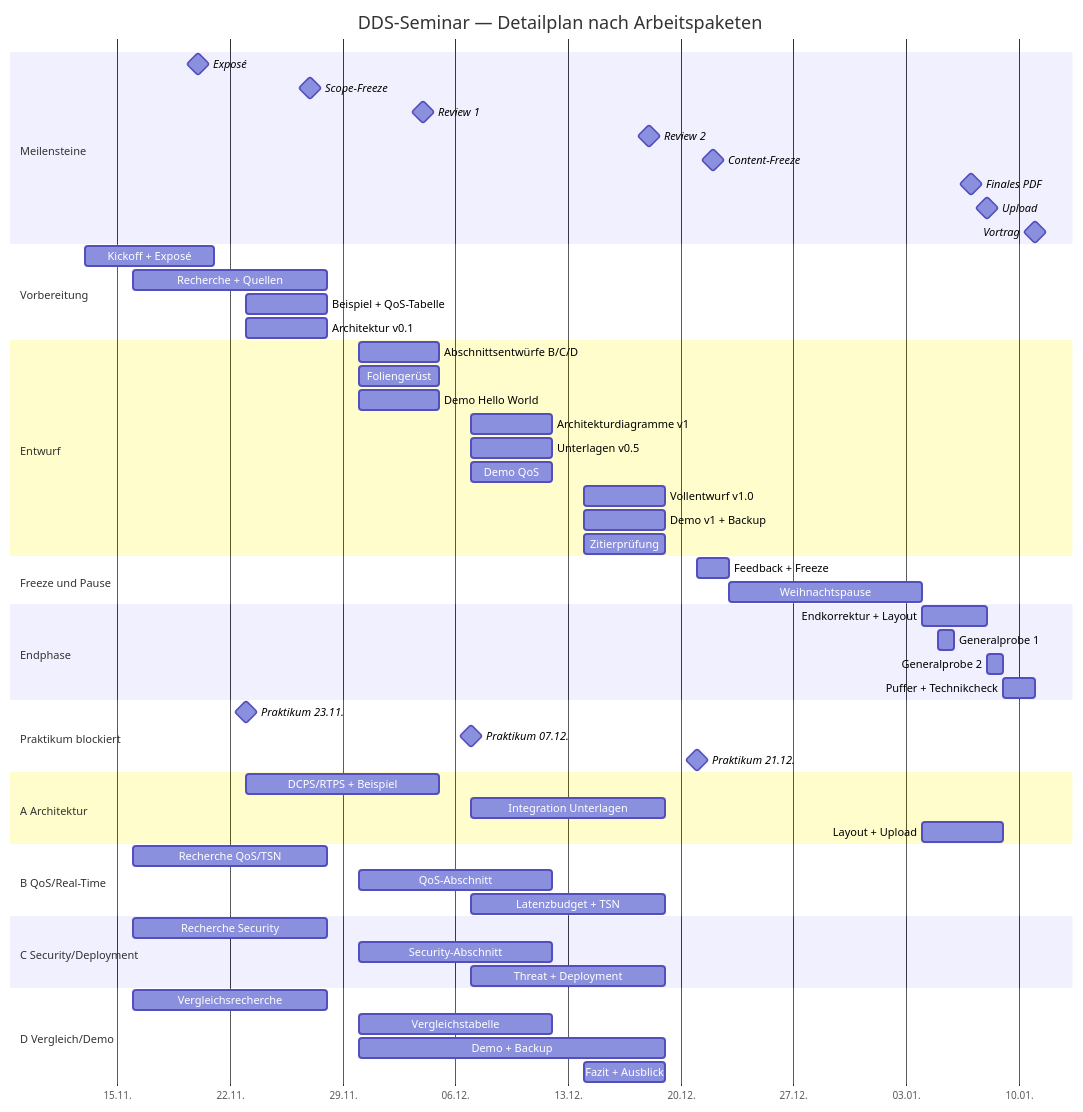
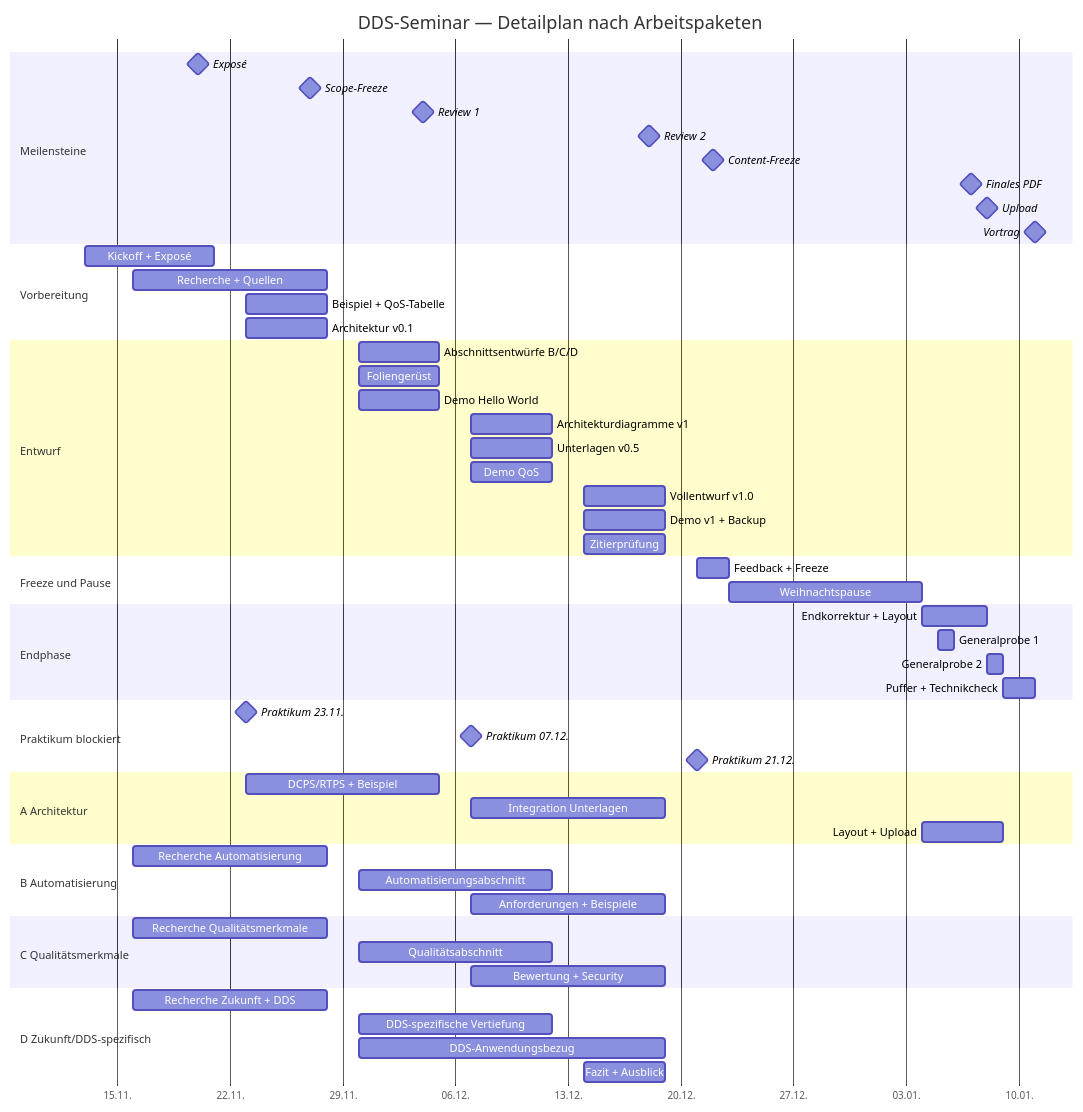
Before and after one commit to CurrentCrafter/Praktikum_DDS: the second of 2 diagrams in Timeline.md, drawn with Mermaid. The commit also changed other lines of this file and 13 other files, not shown here.

````diff
--- a/Timeline.md
+++ b/Timeline.md
@@ -227,70 +229,70 @@
 ```mermaid
 gantt
     title DDS-Seminar — Detailplan nach Arbeitspaketen
     dateFormat  YYYY-MM-DD
     axisFormat  %d.%m.
     tickInterval 1week
 
     section Meilensteine
     Exposé                      :milestone, ms1, 2026-11-20, 0d
     Scope-Freeze                :milestone, ms2, 2026-11-27, 0d
     Review 1                    :milestone, ms3, 2026-12-04, 0d
     Review 2                    :milestone, ms4, 2026-12-18, 0d
     Content-Freeze              :milestone, ms5, 2026-12-22, 0d
     Finales PDF                 :milestone, ms6, 2027-01-07, 0d
     Upload                      :milestone, ms7, 2027-01-08, 0d
     Vortrag                     :milestone, ms8, 2027-01-11, 0d
 
     section Vorbereitung
     Kickoff + Exposé            :v1, 2026-11-13, 8d
     Recherche + Quellen         :v2, 2026-11-16, 12d
     Beispiel + QoS-Tabelle      :v3, 2026-11-23, 5d
     Architektur v0.1            :v4, 2026-11-23, 5d
 
     section Entwurf
     Abschnittsentwürfe B/C/D    :e1, 2026-11-30, 5d
     Foliengerüst                :e2, 2026-11-30, 5d
     Demo Hello World            :e3, 2026-11-30, 5d
     Architekturdiagramme v1     :e4, 2026-12-07, 5d
     Unterlagen v0.5             :e5, 2026-12-07, 5d
     Demo QoS                    :e6, 2026-12-07, 5d
     Vollentwurf v1.0            :e7, 2026-12-14, 5d
     Demo v1 + Backup            :e8, 2026-12-14, 5d
     Zitierprüfung               :e9, 2026-12-14, 5d
 
     section Freeze und Pause
     Feedback + Freeze           :f1, 2026-12-21, 2d
     Weihnachtspause             :f2, 2026-12-23, 12d
 
     section Endphase
     Endkorrektur + Layout       :g1, 2027-01-04, 4d
     Generalprobe 1              :g2, 2027-01-05, 1d
     Generalprobe 2              :g3, 2027-01-08, 1d
     Puffer + Technikcheck       :g4, 2027-01-09, 2d
 
     section Praktikum blockiert
     Praktikum 23.11.           :milestone, p1, 2026-11-23, 0d
     Praktikum 07.12.           :milestone, p2, 2026-12-07, 0d
     Praktikum 21.12.           :milestone, p3, 2026-12-21, 0d
 
     section A Architektur
     DCPS/RTPS + Beispiel        :a1, 2026-11-23, 12d
     Integration Unterlagen      :a2, 2026-12-07, 12d
     Layout + Upload             :a3, 2027-01-04, 5d
 
-    section B QoS/Real-Time
-    Recherche QoS/TSN           :b1, 2026-11-16, 12d
-    QoS-Abschnitt               :b2, 2026-11-30, 12d
-    Latenzbudget + TSN          :b3, 2026-12-07, 12d
+    section B Automatisierung
+    Recherche Automatisierung   :b1, 2026-11-16, 12d
+    Automatisierungsabschnitt   :b2, 2026-11-30, 12d
+    Anforderungen + Beispiele  :b3, 2026-12-07, 12d
 
-    section C Security/Deployment
-    Recherche Security          :c1, 2026-11-16, 12d
-    Security-Abschnitt          :c2, 2026-11-30, 12d
-    Threat + Deployment         :c3, 2026-12-07, 12d
+    section C Qualitätsmerkmale
+    Recherche Qualitätsmerkmale :c1, 2026-11-16, 12d
+    Qualitätsabschnitt          :c2, 2026-11-30, 12d
+    Bewertung + Security       :c3, 2026-12-07, 12d
 
-    section D Vergleich/Demo
-    Vergleichsrecherche         :d1, 2026-11-16, 12d
-    Vergleichstabelle           :d2, 2026-11-30, 12d
-    Demo + Backup               :d3, 2026-11-30, 19d
+    section D Zukunft/DDS-spezifisch
+    Recherche Zukunft + DDS     :d1, 2026-11-16, 12d
+    DDS-spezifische Vertiefung  :d2, 2026-11-30, 12d
+    DDS-Anwendungsbezug         :d3, 2026-11-30, 19d
     Fazit + Ausblick            :d4, 2026-12-14, 5d
 ```
````
